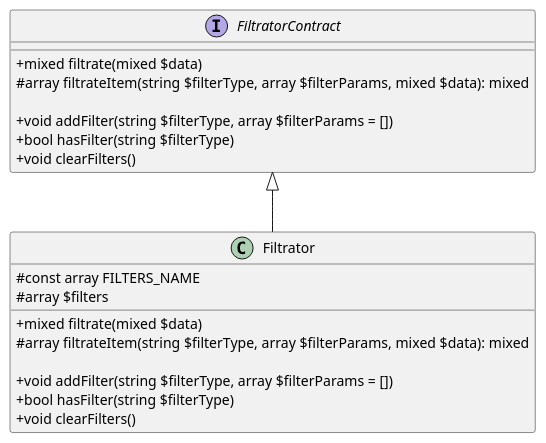
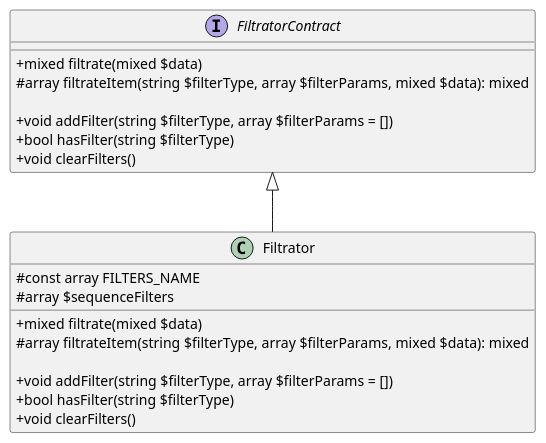
The diagram in module/ggrachdev.debugbar/classes/general/Filtrator/structure.puml (ggrachdev/bitrix_module_debugbar), drawn with PlantUML before and after one commit. The commit also changed 2 other files, not shown here.

```diff
--- a/module/ggrachdev.debugbar/classes/general/Filtrator/structure.puml
+++ b/module/ggrachdev.debugbar/classes/general/Filtrator/structure.puml
@@ -1,26 +1,26 @@
 @startuml
     skinparam classAttributeIconSize 0
 
     interface FiltratorContract {
       + mixed filtrate(mixed $data)
       # array filtrateItem(string $filterType, array $filterParams, mixed $data): mixed
 
       + void addFilter(string $filterType, array $filterParams = [])
       + bool hasFilter(string $filterType)
       + void clearFilters()
     }
 
     class Filtrator {
       # const array FILTERS_NAME
-      # array $filters
+      # array $sequenceFilters
 
       + mixed filtrate(mixed $data)
       # array filtrateItem(string $filterType, array $filterParams, mixed $data): mixed
 
       + void addFilter(string $filterType, array $filterParams = [])
       + bool hasFilter(string $filterType)
       + void clearFilters()
     }
 
     FiltratorContract <|-- Filtrator
 @enduml
```
